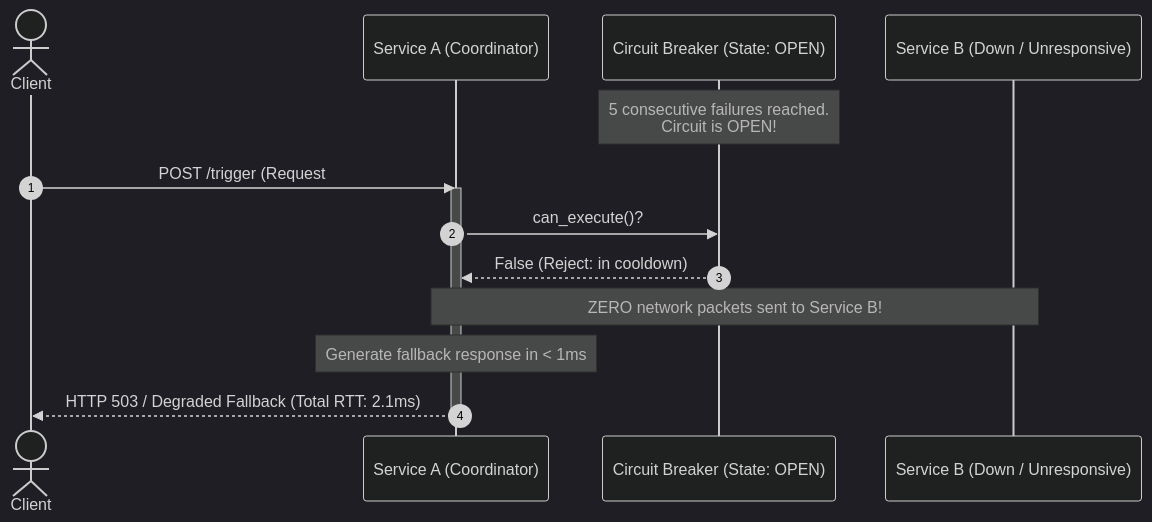
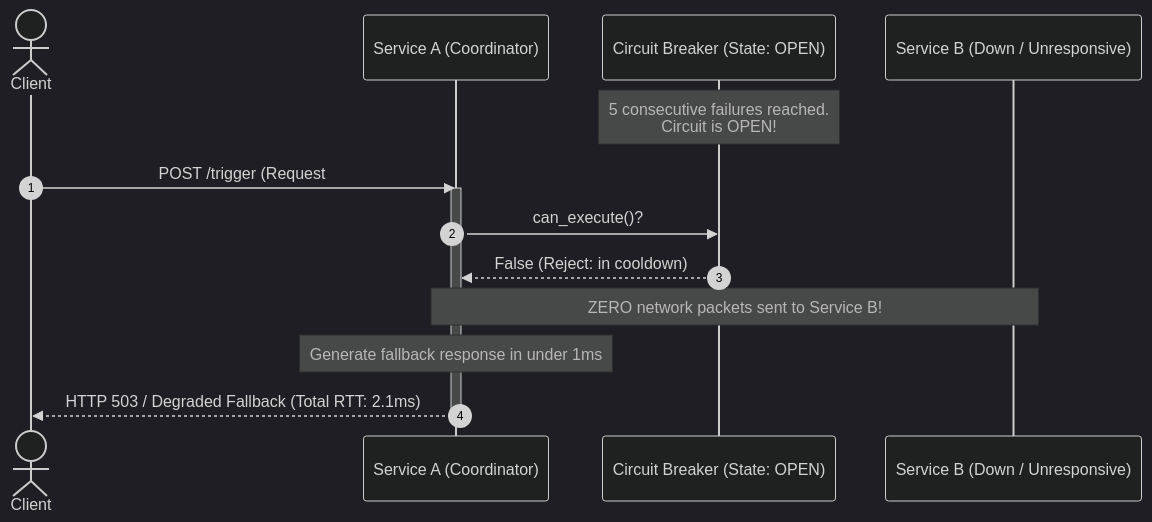
The fourth of 5 diagrams in docs/04-pattern-composition.md (yodh4/ubiquitous-parakeet), drawn with Mermaid (dark theme) before and after one commit. The commit also changed other lines of this file and 5 other files, not shown here.

Commit message:
Docs: Remove redundant ASCII diagrams and fix Mermaid parser errors across all guides

````diff
--- a/docs/04-pattern-composition.md
+++ b/docs/04-pattern-composition.md
@@ -203,21 +143,21 @@
 ```mermaid
 sequenceDiagram
     autonumber
     actor Client
     participant A as Service A (Coordinator)
     participant CB as Circuit Breaker (State: OPEN)
     participant B as Service B (Down / Unresponsive)
 
     Note over CB: 5 consecutive failures reached.<br/>Circuit is OPEN!
 
     Client->>A: POST /trigger (Request #6)
     activate A
     A->>CB: can_execute()?
     CB-->>A: False (Reject: in cooldown)
     
     Note over A,B: ZERO network packets sent to Service B!
-    Note over A: Generate fallback response in < 1ms
+    Note over A: Generate fallback response in under 1ms
     
     A-->>Client: HTTP 503 / Degraded Fallback (Total RTT: 2.1ms)
     deactivate A
 ```
````
